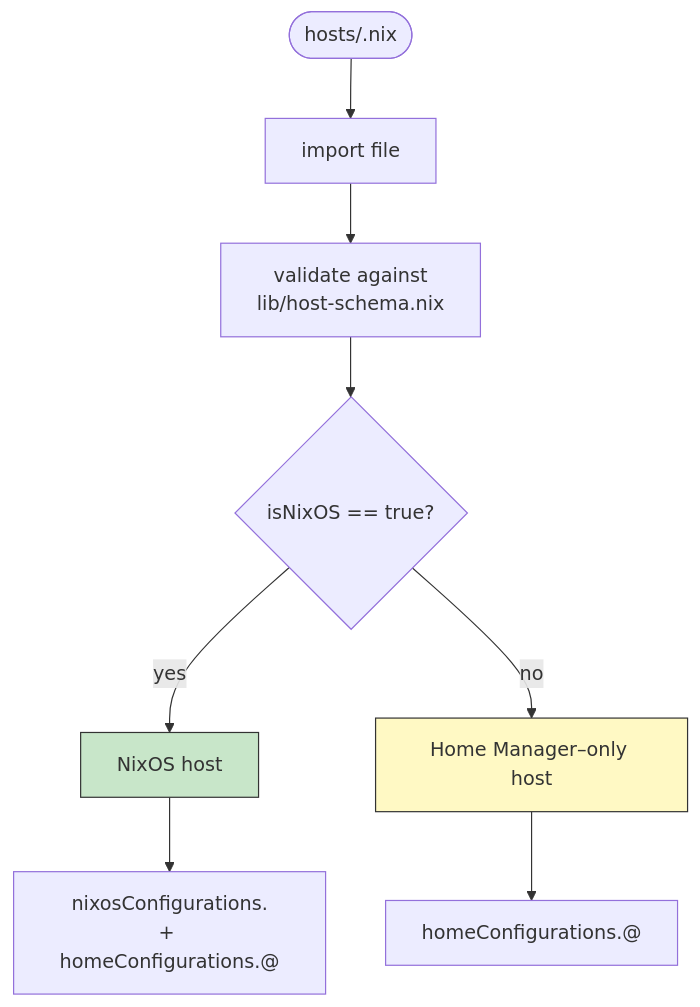
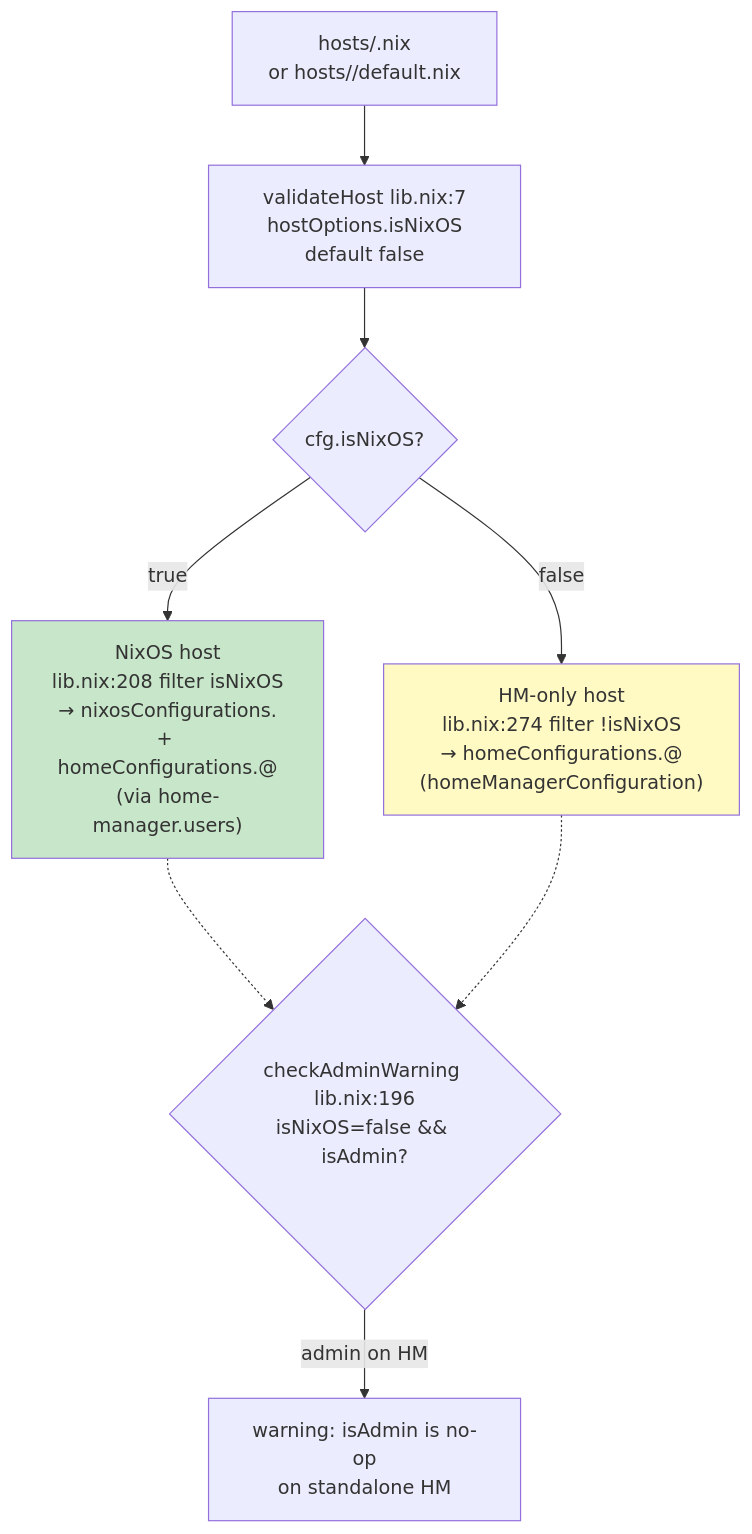
Before and after one commit to WombatFromHell/automatic-palm-tree: the third of 7 diagrams in DESIGN.md, drawn with Mermaid. The commit also changed other lines of this file, not shown here.

````diff
--- a/DESIGN.md
+++ b/DESIGN.md
@@ -165,15 +107,14 @@
 ```mermaid
 flowchart TD
-    Start(["hosts/<name>.nix"]) --> read["import file"]
-    read --> schema["validate against\nlib/host-schema.nix"]
-    schema --> isNixOS{"isNixOS == true?"}
+    f["hosts/<name>.nix\nor hosts/<name>/default.nix"] --> v["validateHost lib.nix:7\n hostOptions.isNixOS default false"]
+    v --> q{"cfg.isNixOS?"}
+    q -->|true| N["NixOS host\nlib.nix:208 filter isNixOS\n→ nixosConfigurations.<name>\n+ homeConfigurations.<user>@<name>\n(via home-manager.users)"]
+    q -->|false| H["HM-only host\nlib.nix:274 filter !isNixOS\n→ homeConfigurations.<user>@<name>\n(homeManagerConfiguration)"]
 
-    isNixOS -->|yes| nixosHost["NixOS host"]
-    isNixOS -->|no| hmOnly["Home Manager–only host"]
+    N -.-> warnCheck{"checkAdminWarning lib.nix:196\nisNixOS=false && isAdmin?"}
+    H -.-> warnCheck
+    warnCheck -->|admin on HM| warn["warning: isAdmin is no-op\non standalone HM"]
 
-    nixosHost --> nixosOut["nixosConfigurations.<name>\n+ homeConfigurations.<user>@<name>"]
-    hmOnly --> hmOut["homeConfigurations.<user>@<name>"]
-
-    style nixosHost fill:#c8e6c9,stroke:#333
-    style hmOnly fill:#fff9c4,stroke:#333
+    style N fill:#c8e6c9
+    style H fill:#fff9c4
 ```
````
